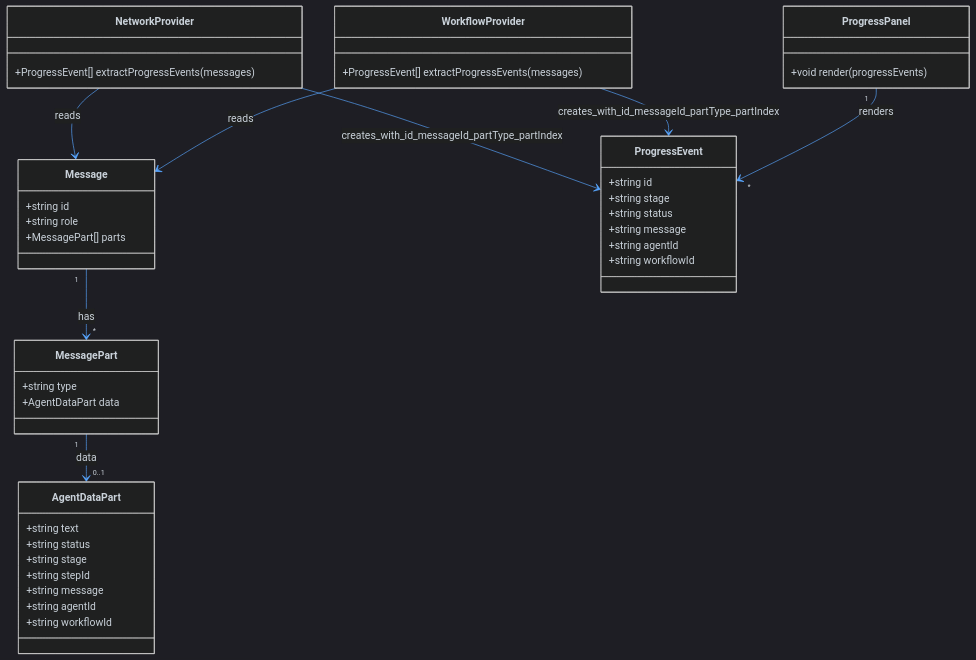
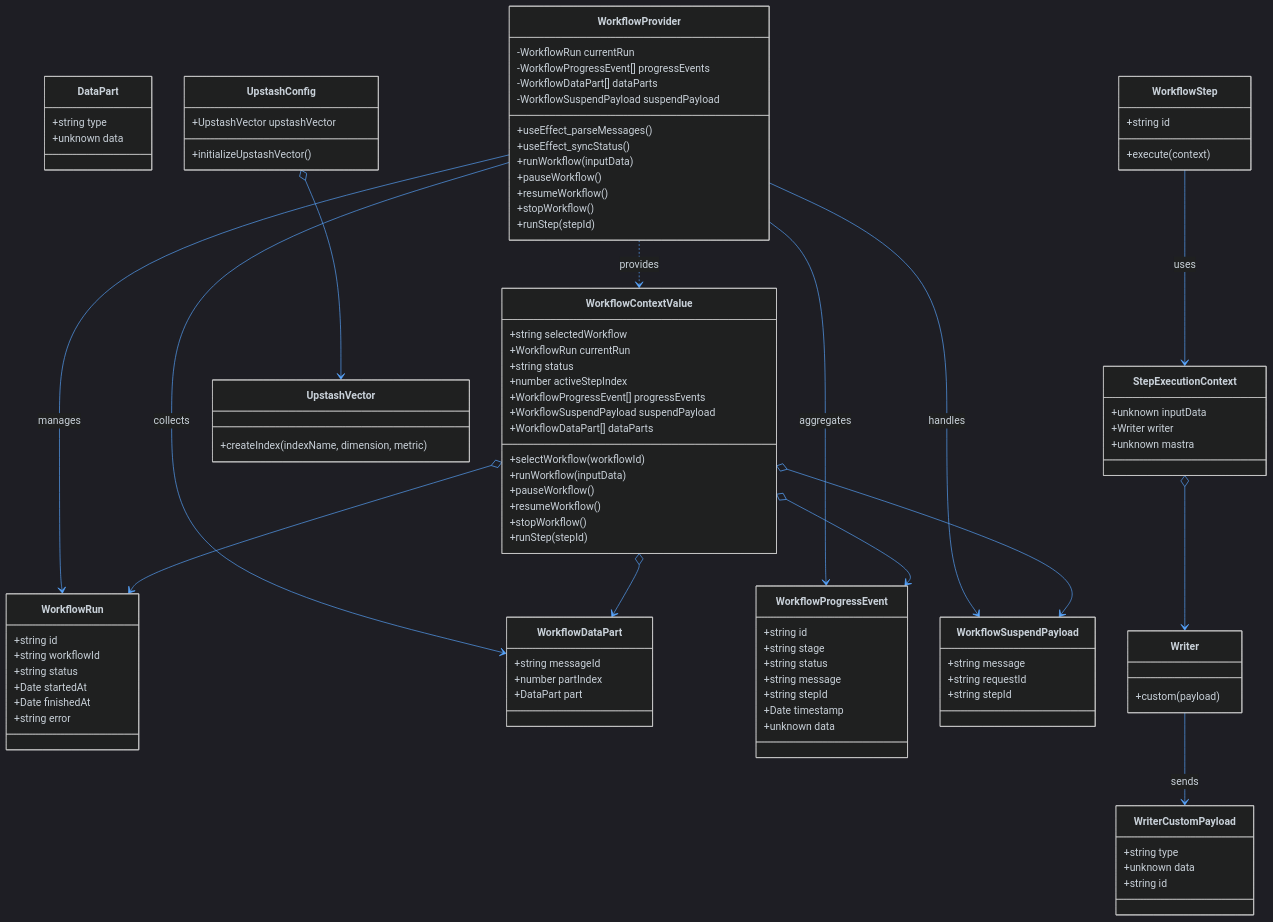
One commit to ssdeanx/AgentStack changed the sixth of 6 diagrams in README.md. Above: the diagram before and after it, drawn with Mermaid. The commit also changed other lines of this file and 1 other file, not shown here.

Commit message:
feat: Add workflow architecture and sequence diagram to documentation
- Introduced a new section for Workflow Architecture in README.md with a mermaid sequence diagram illustrating the standardized workflow logging pattern.
- Added a sequence diagram in AGENTS.md to visualize the workflow execution process, detailing interactions between User, BrowserApp, WorkflowProvider, AIBackend, WorkflowStep, and Writer.

````diff
--- a/README.md
+++ b/README.md
@@ -989,56 +1032,117 @@
 ```mermaid
 %%{init: {'theme': 'dark', 'themeVariables': { 'primaryColor': '#58a6ff', 'primaryTextColor': '#c9d1d9', 'primaryBorderColor': '#30363d', 'lineColor': '#58a6ff', 'sectionBkgColor': '#161b22', 'altSectionBkgColor': '#0d1117', 'sectionTextColor': '#c9d1d9', 'gridColor': '#30363d', 'tertiaryColor': '#161b22' }}}%%
 classDiagram
-    class Message {
+    class WorkflowRun {
       +string id
-      +string role
-      +MessagePart[] parts
+      +string workflowId
+      +string status
+      +Date startedAt
+      +Date finishedAt
+      +string error
     }
 
-    class MessagePart {
-      +string type
-      +AgentDataPart data
+    class WorkflowDataPart {
+      +string messageId
+      +number partIndex
+      +DataPart part
     }
 
-    class AgentDataPart {
-      +string text
-      +string status
-      +string stage
-      +string stepId
-      +string message
-      +string agentId
-      +string workflowId
+    class DataPart {
+      +string type
+      +unknown data
     }
 
-    class ProgressEvent {
+    class WorkflowProgressEvent {
       +string id
       +string stage
       +string status
       +string message
-      +string agentId
-      +string workflowId
+      +string stepId
+      +Date timestamp
+      +unknown data
     }
 
-    class NetworkProvider {
-      +ProgressEvent[] extractProgressEvents(messages)
+    class WorkflowSuspendPayload {
+      +string message
+      +string requestId
+      +string stepId
+    }
+
+    class WorkflowContextValue {
+      +string selectedWorkflow
+      +WorkflowRun currentRun
+      +string status
+      +number activeStepIndex
+      +WorkflowProgressEvent[] progressEvents
+      +WorkflowSuspendPayload suspendPayload
+      +WorkflowDataPart[] dataParts
+      +selectWorkflow(workflowId)
+      +runWorkflow(inputData)
+      +pauseWorkflow()
+      +resumeWorkflow()
+      +stopWorkflow()
+      +runStep(stepId)
     }
 
     class WorkflowProvider {
-      +ProgressEvent[] extractProgressEvents(messages)
+      -WorkflowRun currentRun
+      -WorkflowProgressEvent[] progressEvents
+      -WorkflowDataPart[] dataParts
+      -WorkflowSuspendPayload suspendPayload
+      +useEffect_parseMessages()
+      +useEffect_syncStatus()
+      +runWorkflow(inputData)
+      +pauseWorkflow()
+      +resumeWorkflow()
+      +stopWorkflow()
+      +runStep(stepId)
     }
 
-    class ProgressPanel {
-      +void render(progressEvents)
+    class WriterCustomPayload {
+      +string type
+      +unknown data
+      +string id
     }
 
-    Message "1" --> "*" MessagePart : has
-    MessagePart "1" --> "0..1" AgentDataPart : data
+    class Writer {
+      +custom(payload)
+    }
 
-    NetworkProvider --> Message : reads
-    WorkflowProvider --> Message : reads
+    class StepExecutionContext {
+      +unknown inputData
+      +Writer writer
+      +unknown mastra
+    }
 
-    NetworkProvider --> ProgressEvent : creates_with_id_messageId_partType_partIndex
-    WorkflowProvider --> ProgressEvent : creates_with_id_messageId_partType_partIndex
+    class WorkflowStep {
+      +string id
+      +execute(context)
+    }
 
-    ProgressPanel "1" --> "*" ProgressEvent : renders
+    class UpstashVector {
+      +createIndex(indexName, dimension, metric)
+    }
+
+    class UpstashConfig {
+      +initializeUpstashVector()
+      +UpstashVector upstashVector
+    }
+
+    WorkflowProvider ..> WorkflowContextValue : provides
+    WorkflowProvider --> WorkflowRun : manages
+    WorkflowProvider --> WorkflowProgressEvent : aggregates
+    WorkflowProvider --> WorkflowDataPart : collects
+    WorkflowProvider --> WorkflowSuspendPayload : handles
+
+    WorkflowContextValue o--> WorkflowRun
+    WorkflowContextValue o--> WorkflowProgressEvent
+    WorkflowContextValue o--> WorkflowDataPart
+    WorkflowContextValue o--> WorkflowSuspendPayload
+
+    WorkflowStep --> StepExecutionContext : uses
+    StepExecutionContext o--> Writer
+
+    Writer --> WriterCustomPayload : sends
+
+    UpstashConfig o--> UpstashVector
 ```
````
